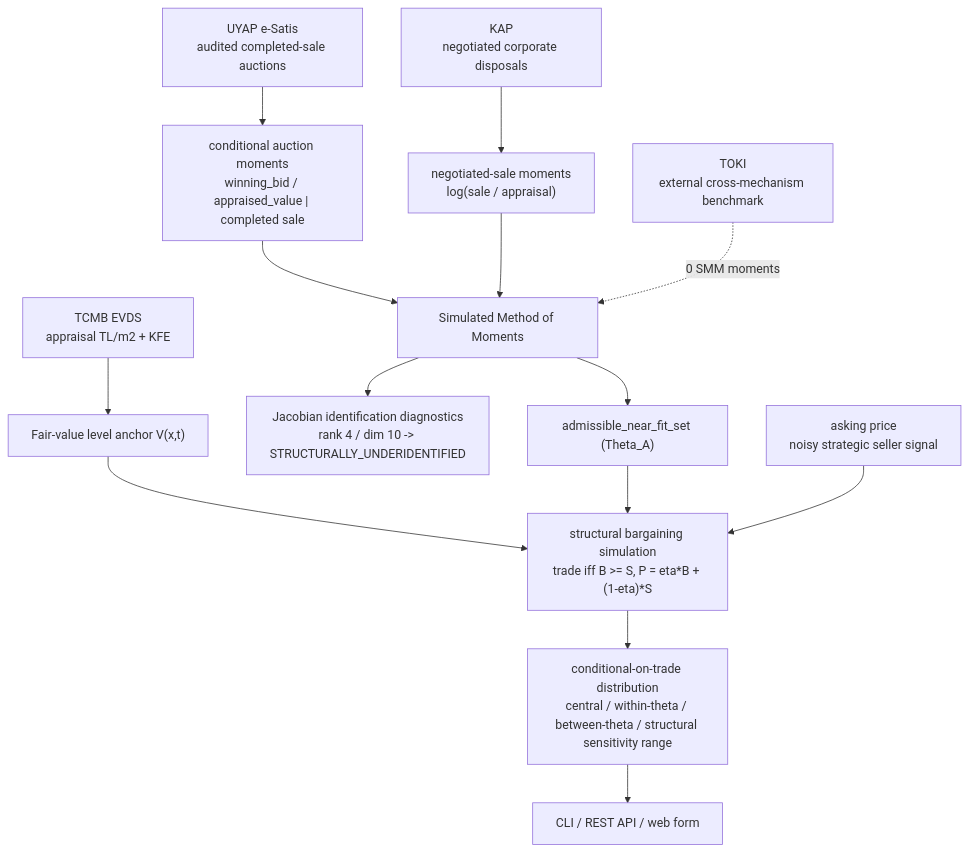
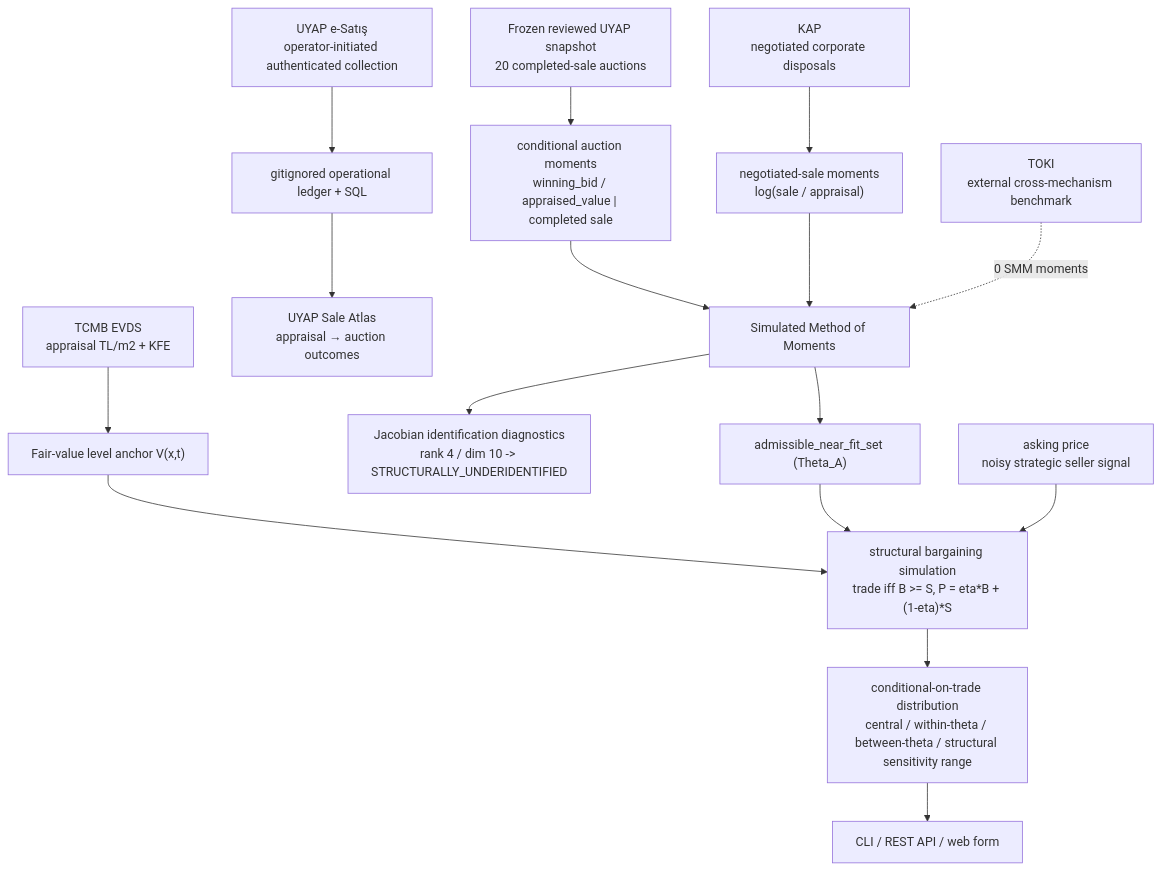
The diagram in README.md (onatozmenn/sold), drawn with Mermaid before and after one commit. The commit also changed other lines of this file, not shown here.

Commit message:
docs: align README with sale atlas

````diff
--- a/README.md
+++ b/README.md
@@ -70,22 +93,25 @@
 ```mermaid
 flowchart TD
     TCMB["TCMB EVDS<br/>appraisal TL/m2 + KFE"] --> FV["Fair-value level anchor V(x,t)"]
 
-    UYAP["UYAP e-Satis<br/>audited completed-sale auctions"] --> MU["conditional auction moments<br/>winning_bid / appraised_value | completed sale"]
+  UYAPLIVE["UYAP e-Satış<br/>operator-initiated authenticated collection"] --> OPS["gitignored operational ledger + SQL"]
+  OPS --> ATLAS["UYAP Sale Atlas<br/>appraisal → auction outcomes"]
+
+  UYAP["Frozen reviewed UYAP snapshot<br/>20 completed-sale auctions"] --> MU["conditional auction moments<br/>winning_bid / appraised_value | completed sale"]
     KAP["KAP<br/>negotiated corporate disposals"] --> MK["negotiated-sale moments<br/>log(sale / appraisal)"]
 
     MU --> SMM["Simulated Method of Moments"]
     MK --> SMM
 
     SMM --> IDENT["Jacobian identification diagnostics<br/>rank 4 / dim 10 -> STRUCTURALLY_UNDERIDENTIFIED"]
     SMM --> THETAA["admissible_near_fit_set (Theta_A)"]
 
     ASK["asking price<br/>noisy strategic seller signal"] --> SIM
     FV --> SIM
     THETAA --> SIM["structural bargaining simulation<br/>trade iff B >= S, P = eta*B + (1-eta)*S"]
 
     SIM --> DIST["conditional-on-trade distribution<br/>central / within-theta / between-theta / structural sensitivity range"]
     DIST --> OUT["CLI / REST API / web form"]
 
     TOKI["TOKI<br/>external cross-mechanism benchmark"] -. 0 SMM moments .-> SMM
 ```
````
